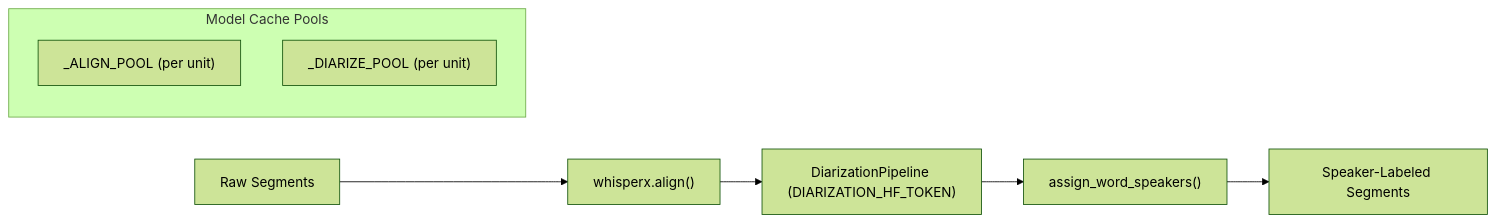
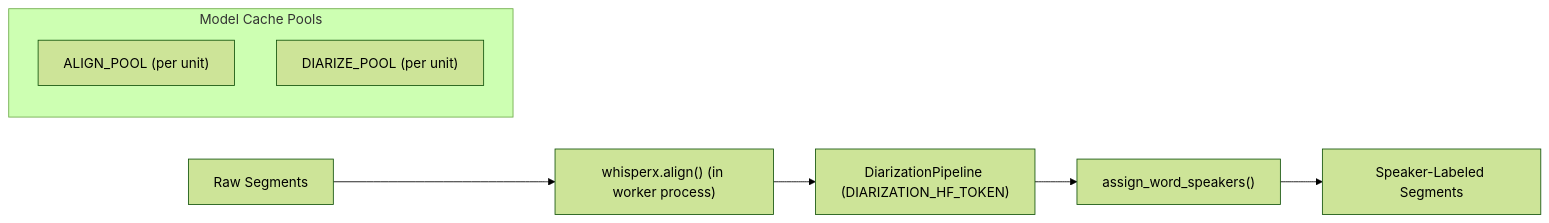
Before and after one commit to ventura8/Whisper-Pro-ASR: the second of 5 diagrams in docs/ARCHITECTURE.md, drawn with Mermaid (forest theme). The commit also changed other lines of this file and 147 other files, not shown here.

````diff
--- a/docs/ARCHITECTURE.md
+++ b/docs/ARCHITECTURE.md
@@ -92,12 +92,12 @@
 ```mermaid
 graph LR
-    SEG["Raw Segments"] --> ALIGN["whisperx.align()"]
+    SEG["Raw Segments"] --> ALIGN["whisperx.align() (in worker process)"]
     ALIGN --> DIAR["DiarizationPipeline (DIARIZATION_HF_TOKEN)"]
     DIAR --> ASSIGN["assign_word_speakers()"]
     ASSIGN --> LABELED["Speaker-Labeled Segments"]
     
     subgraph CACHE ["Model Cache Pools"]
-    AP["_ALIGN_POOL (per unit)"]
-    DP["_DIARIZE_POOL (per unit)"]
+    AP["ALIGN_POOL (per unit)"]
+    DP["DIARIZE_POOL (per unit)"]
     end
 ```
````
